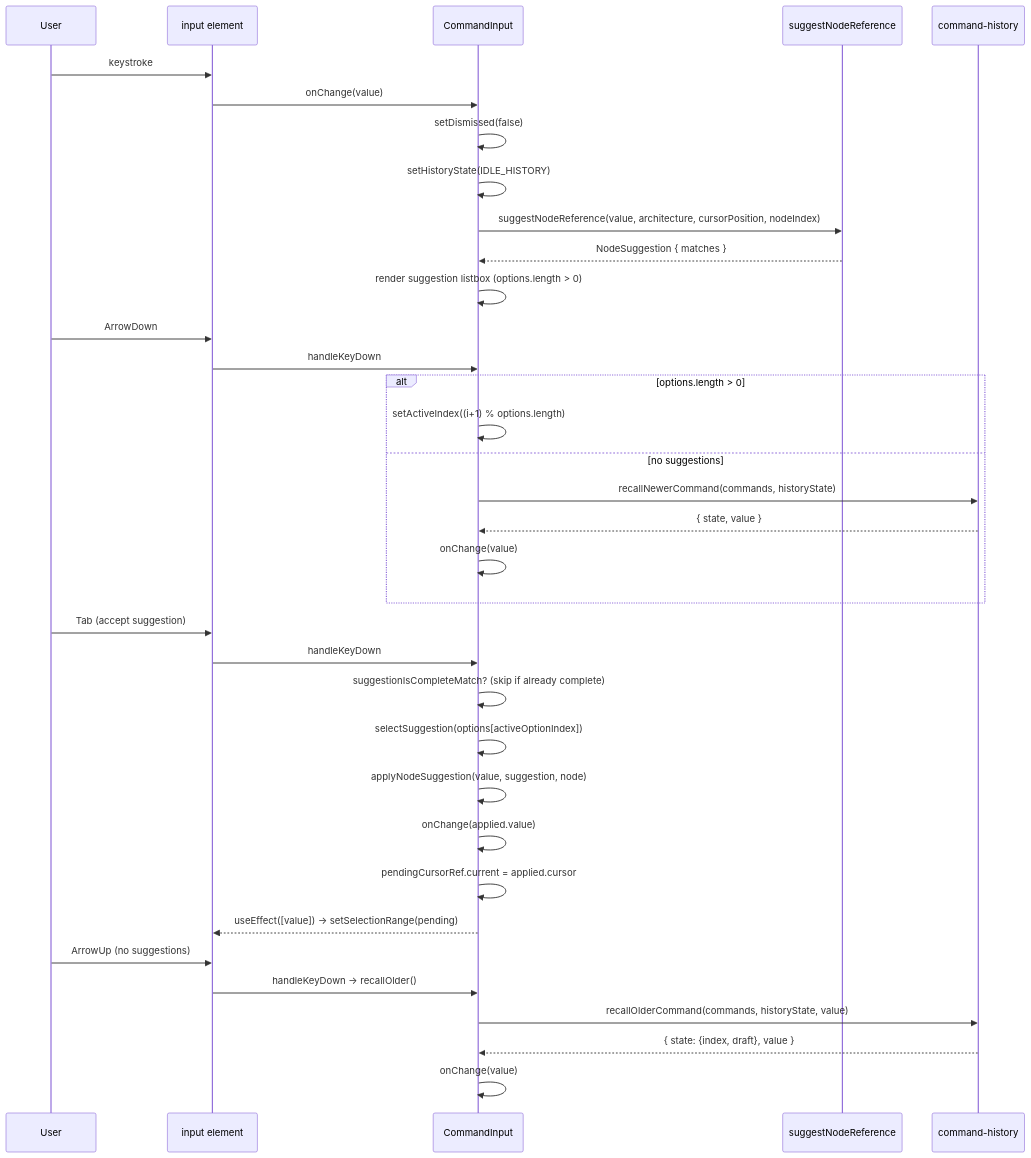
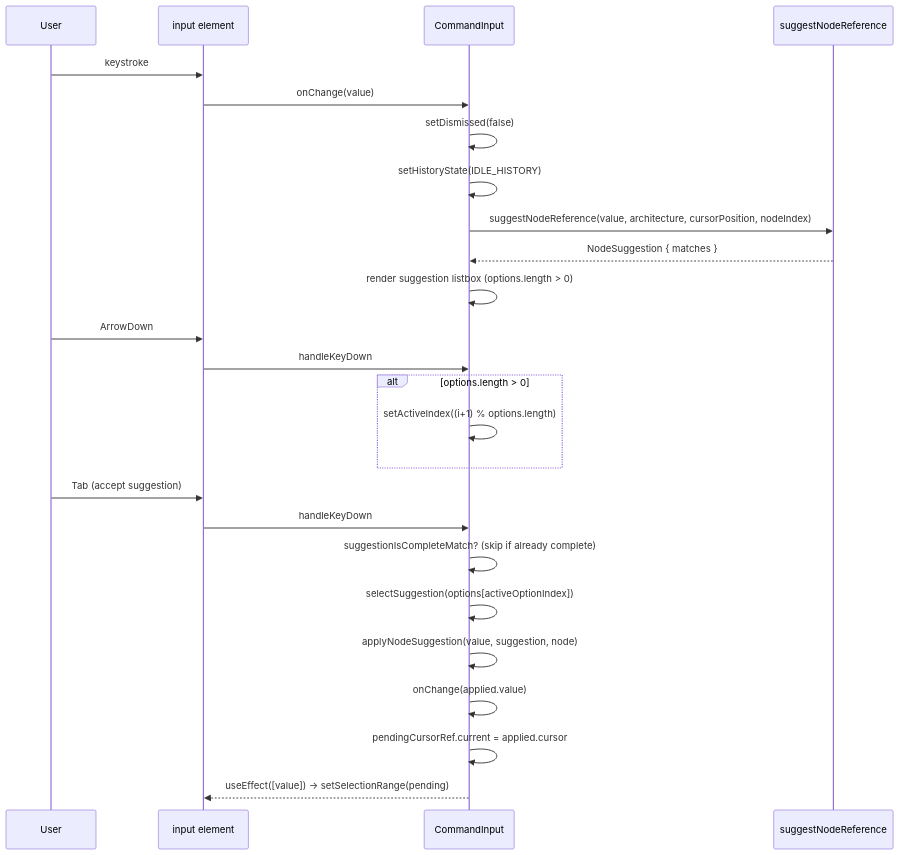
Before and after one commit to jgyy/architect-model: the first of 2 diagrams in docs/categories/command-input.md, drawn with Mermaid. The commit also changed other lines of this file and 31 other files, not shown here.

Commit message:
docs: split mermaids into 2 for easier viewing (#52)

````diff
--- a/docs/categories/command-input.md
+++ b/docs/categories/command-input.md
@@ -7,41 +9,30 @@
 ```mermaid
 sequenceDiagram
     participant U as User
     participant I as input element
     participant C as CommandInput
     participant S as suggestNodeReference
-    participant H as command-history
 
     U->>I: keystroke
     I->>C: onChange(value)
     C->>C: setDismissed(false)
     C->>C: setHistoryState(IDLE_HISTORY)
     C->>S: suggestNodeReference(value, architecture, cursorPosition, nodeIndex)
     S-->>C: NodeSuggestion { matches }
     C->>C: render suggestion listbox (options.length > 0)
 
     U->>I: ArrowDown
     I->>C: handleKeyDown
     alt options.length > 0
         C->>C: setActiveIndex((i+1) % options.length)
-    else no suggestions
-        C->>H: recallNewerCommand(commands, historyState)
-        H-->>C: { state, value }
-        C->>C: onChange(value)
     end
 
     U->>I: Tab (accept suggestion)
     I->>C: handleKeyDown
     C->>C: suggestionIsCompleteMatch? (skip if already complete)
     C->>C: selectSuggestion(options[activeOptionIndex])
     C->>C: applyNodeSuggestion(value, suggestion, node)
     C->>C: onChange(applied.value)
     C->>C: pendingCursorRef.current = applied.cursor
     C-->>I: useEffect([value]) -> setSelectionRange(pending)
-
-    U->>I: ArrowUp (no suggestions)
-    I->>C: handleKeyDown -> recallOlder()
-    C->>H: recallOlderCommand(commands, historyState, value)
-    H-->>C: { state: {index, draft}, value }
-    C->>C: onChange(value)
 ```
````
